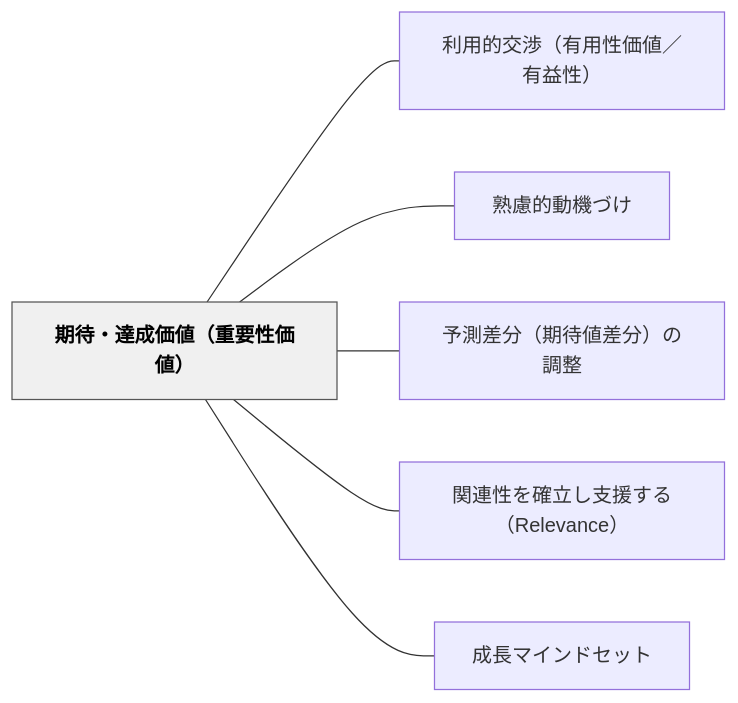
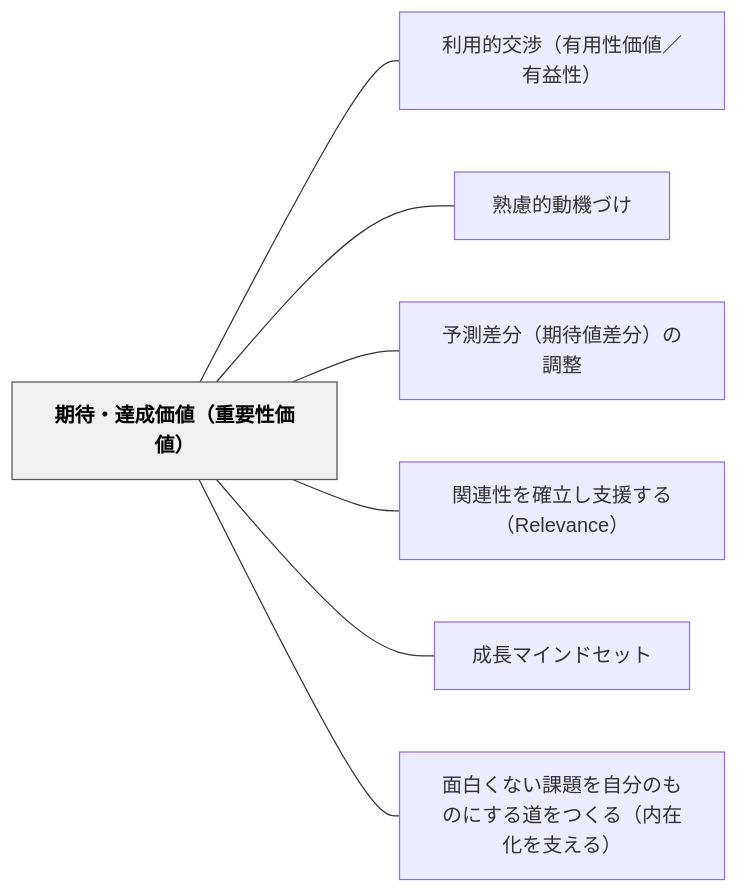
One commit to unknownthings-ed-patterns/unknownthings-ed-patterns changed the diagram in content/パタン/期待・達成価値（重要性価値）.md. Above: the diagram before and after it, drawn with Mermaid. The commit also changed other lines of this file and 17 other files, not shown here.

````diff
--- a/content/パタン/期待・達成価値（重要性価値）.md
+++ b/content/パタン/期待・達成価値（重要性価値）.md
@@ -37,18 +37,20 @@
 ```mermaid
 flowchart LR
     ne69c9fe5be85e383bbe98194e68890e4bea1e580a4efbc88e9878de8a681e680a7e4bea1e580a4efbc89["期待・達成価値（重要性価値）"]
     ne588a9e794a8e79a84e4baa4e6b889efbc88e69c89e794a8e680a7e4bea1e580a4efbc8fe69c89e79b8ae680a7efbc89["利用的交渉（有用性価値／有益性）"]
     ne7869fe685aee79a84e58b95e6a99fe381a5e38191["熟慮的動機づけ"]
     ne4ba88e6b8ace5b7aee58886efbc88e69c9fe5be85e580a4e5b7aee58886efbc89e381aee8aabfe695b4["予測差分（期待値差分）の調整"]
     ne996a2e980a3e680a7e38292e7a2bae7ab8be38197e694afe68fb4e38199e3828befbc8852656c6576616e6365efbc89["関連性を確立し支援する（Relevance）"]
     ne68890e995b7e3839ee382a4e383b3e38389e382bbe38383e38388["成長マインドセット"]
+    ne99da2e799bde3818fe381aae38184e8aab2e9a18ce38292e887aae58886e381aee38282e381aee381abe38199e3828be98193e38292e381a4e3818fe3828befbc88e58685e59ca8e58c96e38292e694afe38188e3828befbc89["面白くない課題を自分のものにする道をつくる（内在化を支える）"]
 
     ne69c9fe5be85e383bbe98194e68890e4bea1e580a4efbc88e9878de8a681e680a7e4bea1e580a4efbc89 --- ne588a9e794a8e79a84e4baa4e6b889efbc88e69c89e794a8e680a7e4bea1e580a4efbc8fe69c89e79b8ae680a7efbc89
     ne69c9fe5be85e383bbe98194e68890e4bea1e580a4efbc88e9878de8a681e680a7e4bea1e580a4efbc89 --- ne7869fe685aee79a84e58b95e6a99fe381a5e38191
     ne69c9fe5be85e383bbe98194e68890e4bea1e580a4efbc88e9878de8a681e680a7e4bea1e580a4efbc89 --- ne4ba88e6b8ace5b7aee58886efbc88e69c9fe5be85e580a4e5b7aee58886efbc89e381aee8aabfe695b4
     ne69c9fe5be85e383bbe98194e68890e4bea1e580a4efbc88e9878de8a681e680a7e4bea1e580a4efbc89 --- ne996a2e980a3e680a7e38292e7a2bae7ab8be38197e694afe68fb4e38199e3828befbc8852656c6576616e6365efbc89
     ne69c9fe5be85e383bbe98194e68890e4bea1e580a4efbc88e9878de8a681e680a7e4bea1e580a4efbc89 --- ne68890e995b7e3839ee382a4e383b3e38389e382bbe38383e38388
+    ne69c9fe5be85e383bbe98194e68890e4bea1e580a4efbc88e9878de8a681e680a7e4bea1e580a4efbc89 --- ne99da2e799bde3818fe381aae38184e8aab2e9a18ce38292e887aae58886e381aee38282e381aee381abe38199e3828be98193e38292e381a4e3818fe3828befbc88e58685e59ca8e58c96e38292e694afe38188e3828befbc89
 
     classDef hub fill:#f0f0f0,stroke:#555,color:#000,font-weight:bold
     class ne69c9fe5be85e383bbe98194e68890e4bea1e580a4efbc88e9878de8a681e680a7e4bea1e580a4efbc89 hub
 ```
````
